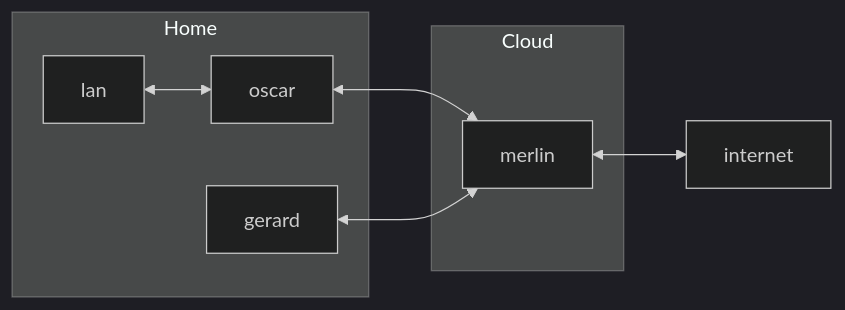
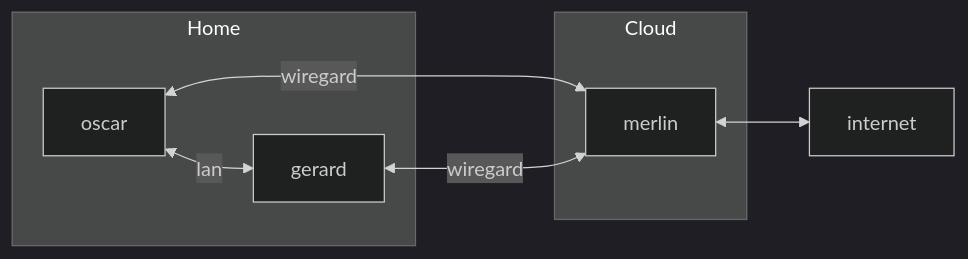
Before and after one commit to vincentDcmps/homelab: the diagram in Readme.md, drawn with Mermaid (dark theme).

Commit message:
Mise à jour de 'Readme.md'

````diff
--- a/Readme.md
+++ b/Readme.md
@@ -16,16 +16,15 @@
 ```mermaid
 flowchart LR
-    subgraph Home
-    oscar[oscar]
-    gerard[gerard]
-    local[lan]
-    end
-    subgraph Cloud
-    merlin[merlin]
-    end
-  local[lan] <--> oscar
-  oscar <--> merlin
-  gerard <--> merlin
+  subgraph Home
+  oscar[oscar]
+  gerard[gerard]
+  end
+  subgraph Cloud
+  merlin[merlin]
+  end
+  oscar <--lan--> gerard
+  oscar <--wiregard--> merlin
+  gerard <--wiregard--> merlin
   merlin <--> internet 
   
 ```
````
